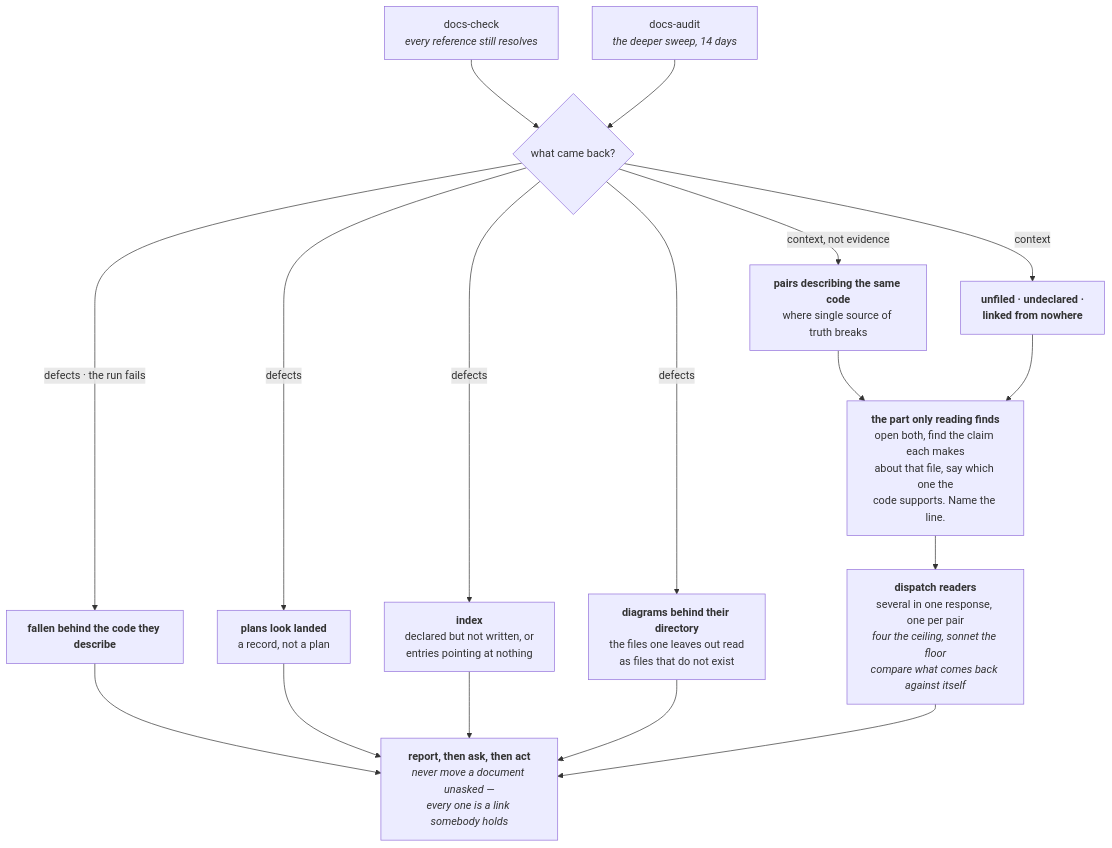
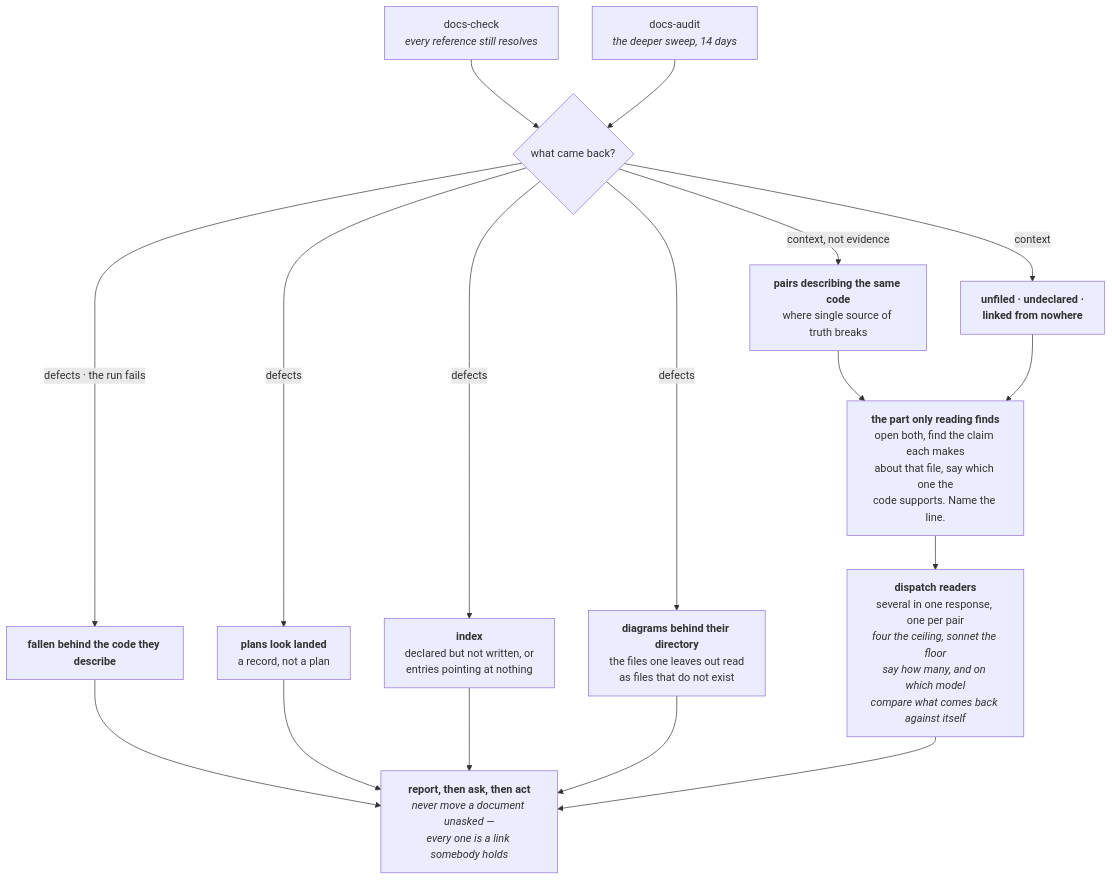
One commit to FanFantom9452/FanKeel changed the seventh of 8 diagrams in docs/pipeline.md. Above: the diagram before and after it, drawn with Mermaid. The commit also changed other lines of this file and 13 other files, not shown here.

First line of the commit message:
feat: every stage that dispatches says what the dispatch costs

````diff
--- a/docs/pipeline.md
+++ b/docs/pipeline.md
@@ -523,32 +530,32 @@
 ```mermaid
 flowchart TD
     A["docs-check<br/><i>every reference still resolves</i>"]
     B["docs-audit<br/><i>the deeper sweep, 14 days</i>"]
     C{"what came back?"}
     D1["<b>fallen behind the code they describe</b>"]
     D2["<b>plans look landed</b><br/>a record, not a plan"]
     D3["<b>index</b><br/>declared but not written, or<br/>entries pointing at nothing"]
     D4["<b>diagrams behind their directory</b><br/>the files one leaves out read<br/>as files that do not exist"]
     E1["<b>pairs describing the same code</b><br/>where single source of truth breaks"]
     E2["<b>unfiled · undeclared ·<br/>linked from nowhere</b>"]
     F["<b>the part only reading finds</b><br/>open both, find the claim each makes<br/>about that file, say which one the<br/>code supports. Name the line."]
-    F1["<b>dispatch readers</b><br/>several in one response, one per pair<br/><i>four the ceiling, sonnet the floor</i><br/><i>compare what comes back against itself</i>"]
+    F1["<b>dispatch readers</b><br/>several in one response, one per pair<br/><i>four the ceiling, sonnet the floor</i><br/><i>say how many, and on which model</i><br/><i>compare what comes back against itself</i>"]
     G["<b>report, then ask, then act</b><br/><i>never move a document unasked —<br/>every one is a link somebody holds</i>"]
 
     A --> C
     B --> C
     C -- "defects · the run fails" --> D1
     C -- "defects" --> D2
     C -- "defects" --> D3
     C -- "defects" --> D4
     C -- "context, not evidence" --> E1
     C -- "context" --> E2
     E1 --> F
     E2 --> F
     D1 --> G
     D2 --> G
     D3 --> G
     D4 --> G
     F --> F1
     F1 --> G
 ```
````
